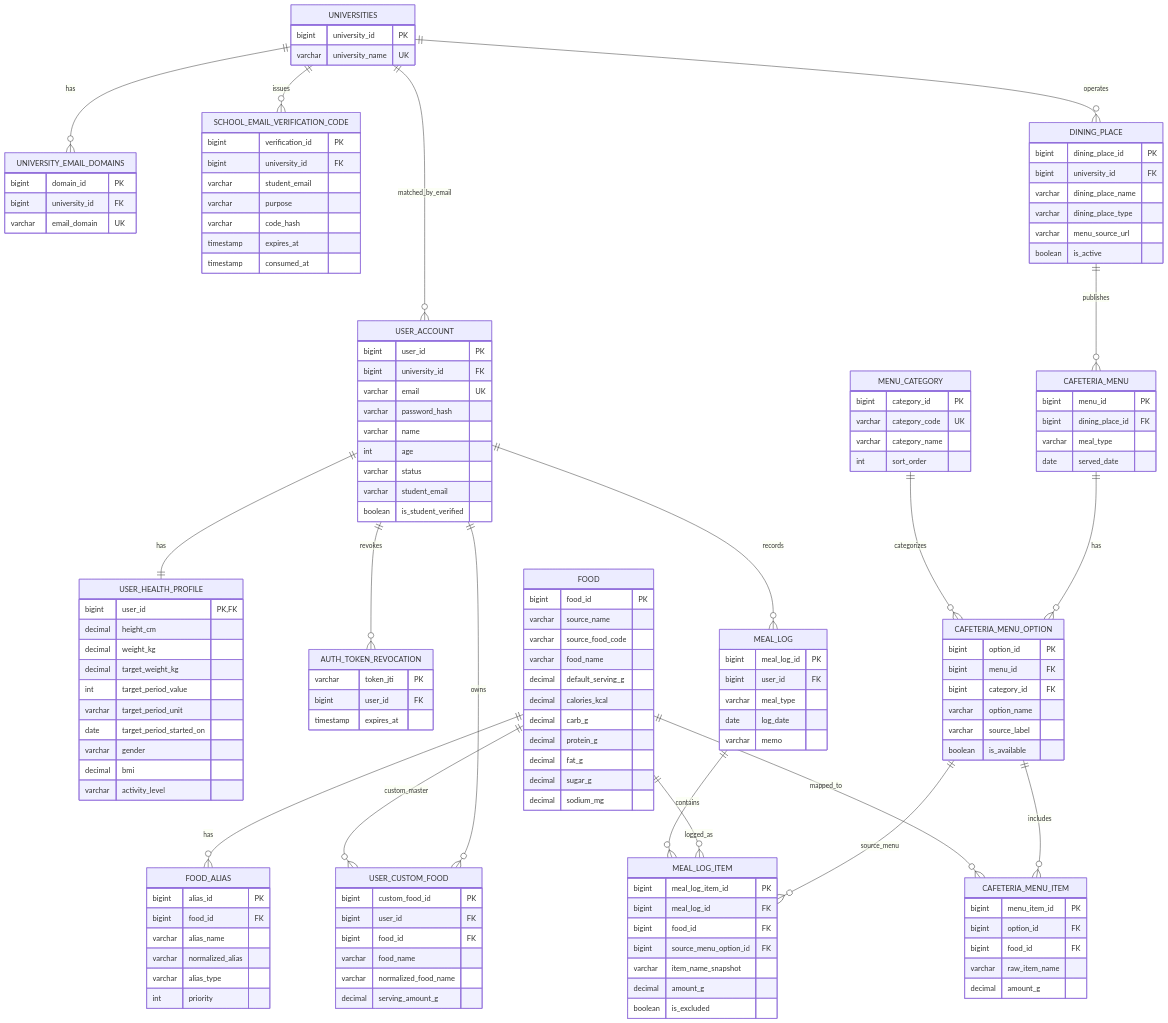
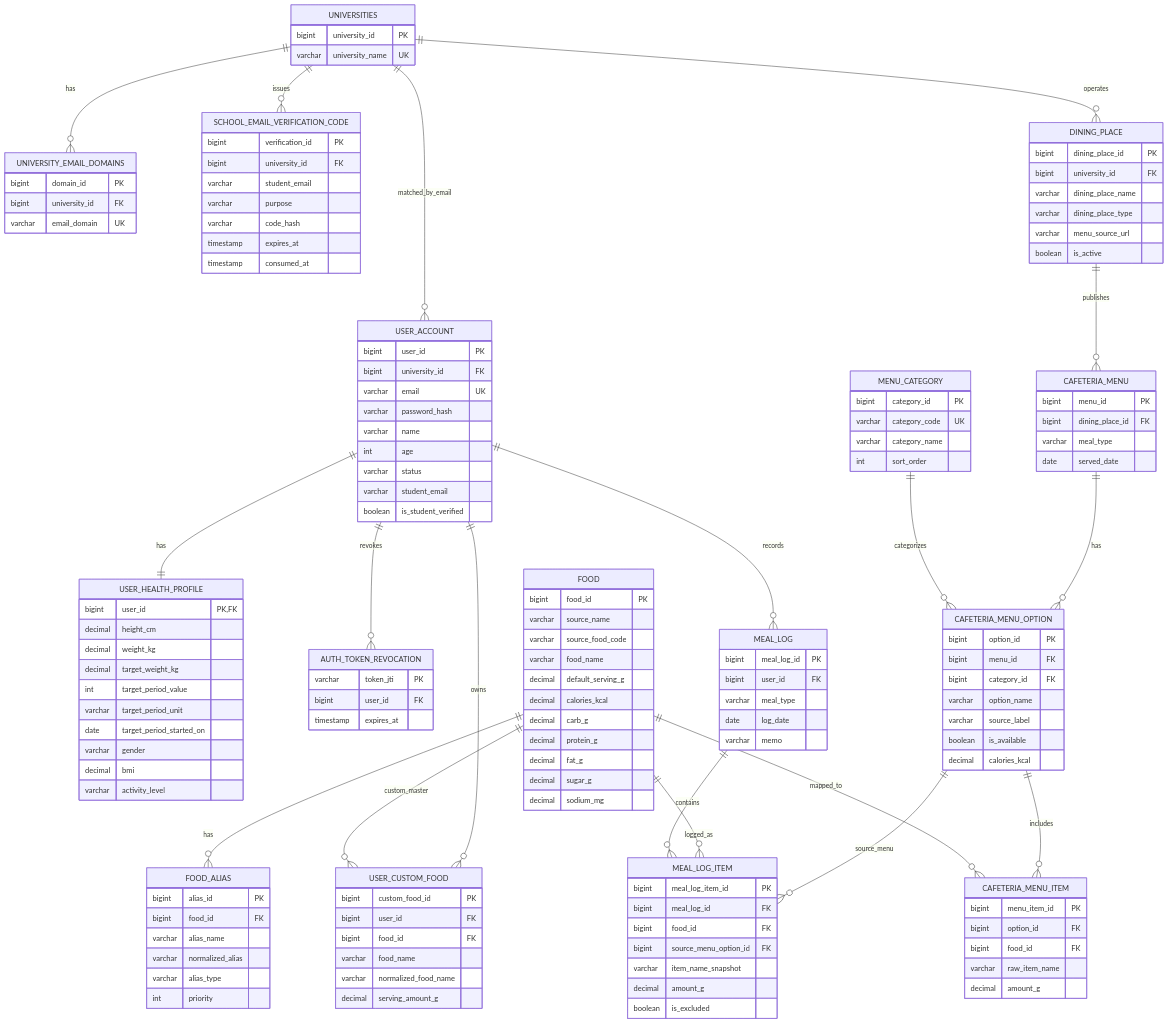
Before and after one commit to Kkirok2026/kkirok-backend: the diagram in docs/ERD.md, drawn with Mermaid. The commit also changed other lines of this file and 11 other files, not shown here.

```diff
--- a/docs/ERD.md
+++ b/docs/ERD.md
@@ -121,6 +121,7 @@
         varchar option_name
         varchar source_label
         boolean is_available
+        decimal calories_kcal
     }
 
     CAFETERIA_MENU_ITEM {
```
